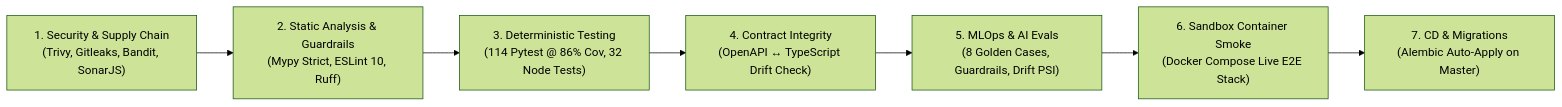
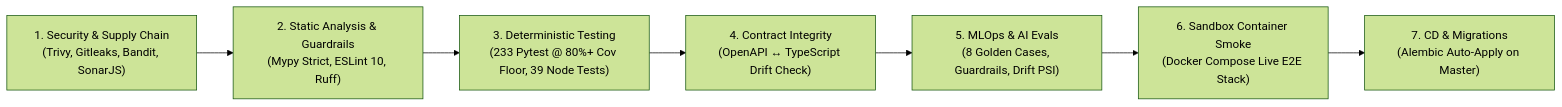
Before and after one commit to thiago-terceiro/sentinelflow: the diagram in sentinelflow/OVERVIEW.md, drawn with Mermaid (forest theme). The commit also changed other lines of this file and 13 other files, not shown here.

````diff
--- a/sentinelflow/OVERVIEW.md
+++ b/sentinelflow/OVERVIEW.md
@@ -9,9 +9,9 @@
 ```mermaid
 flowchart LR
     A["1. Security & Supply Chain\n(Trivy, Gitleaks, Bandit, SonarJS)"] --> B["2. Static Analysis & Guardrails\n(Mypy Strict, ESLint 10, Ruff)"]
-    B --> C["3. Deterministic Testing\n(114 Pytest @ 86% Cov, 32 Node Tests)"]
+    B --> C["3. Deterministic Testing\n(233 Pytest @ 80%+ Cov Floor, 39 Node Tests)"]
     C --> D["4. Contract Integrity\n(OpenAPI ↔ TypeScript Drift Check)"]
     D --> E["5. MLOps & AI Evals\n(8 Golden Cases, Guardrails, Drift PSI)"]
     E --> F["6. Sandbox Container Smoke\n(Docker Compose Live E2E Stack)"]
     F --> G["7. CD & Migrations\n(Alembic Auto-Apply on Master)"]
 ```
````
